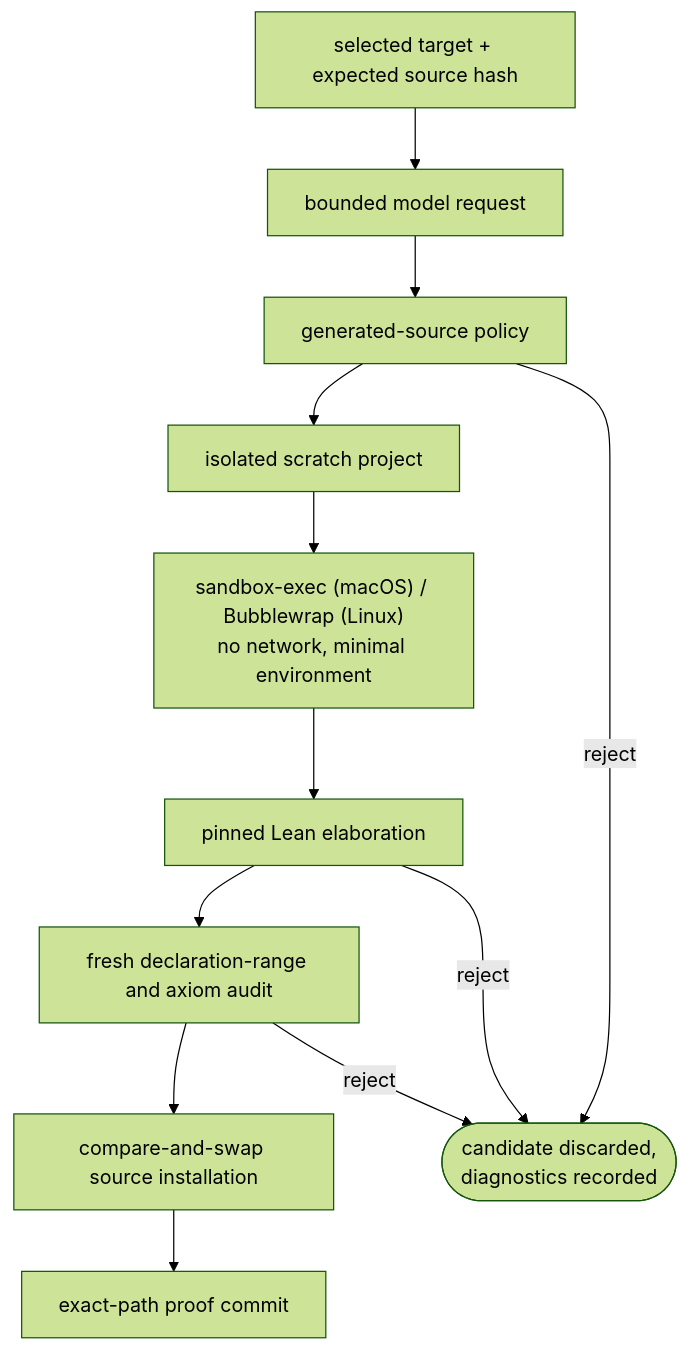
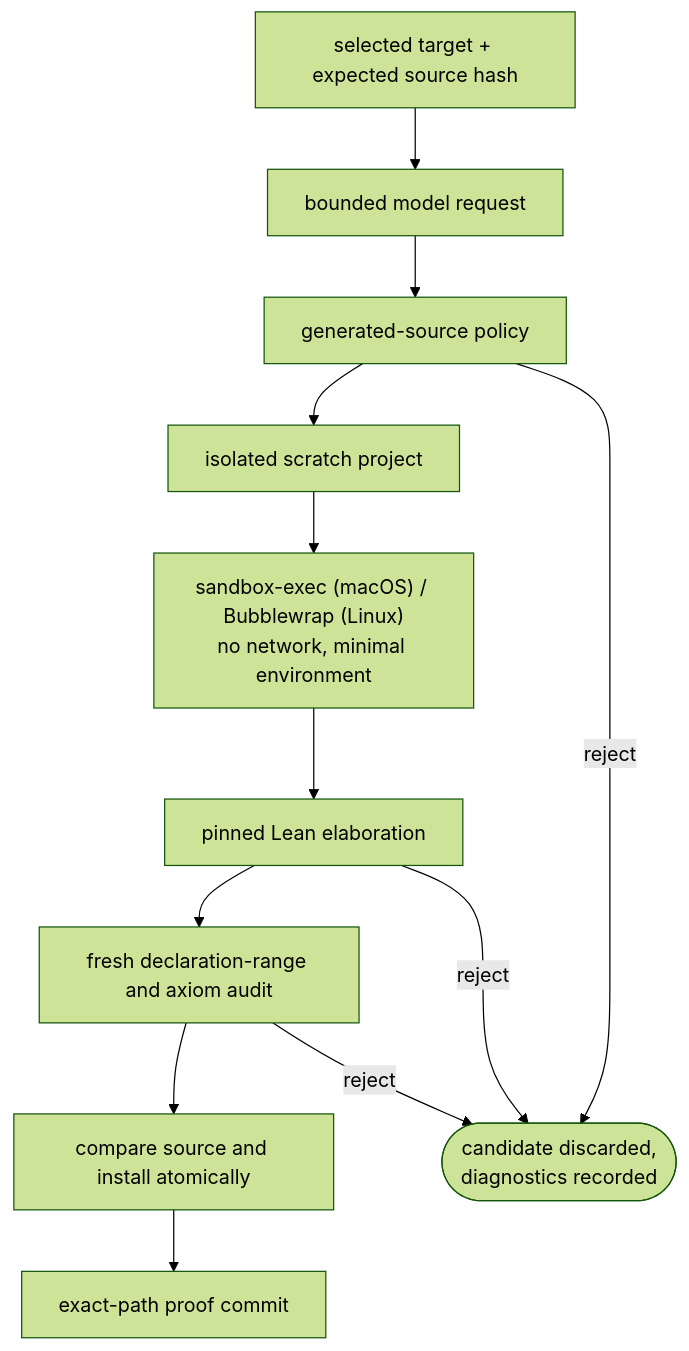
One commit to LeonardAukea/autolean changed the diagram in docs/explanation/trust-boundary.md. Above: the diagram before and after it, drawn with Mermaid (forest theme). The commit also changed other lines of this file and 124 other files, not shown here.

````diff
--- a/docs/explanation/trust-boundary.md
+++ b/docs/explanation/trust-boundary.md
@@ -23,18 +23,18 @@
 ```mermaid
 flowchart TD
     target["selected target + expected source hash"]
     request["bounded model request"]
     policy["generated-source policy"]
     scratch["isolated scratch project"]
     sandbox["sandbox-exec (macOS) / Bubblewrap (Linux)<br/>no network, minimal environment"]
     elab["pinned Lean elaboration"]
     audit["fresh declaration-range and axiom audit"]
-    install["compare-and-swap source installation"]
+    install["compare source and install atomically"]
     commit["exact-path proof commit"]
 
     target --> request --> policy --> scratch --> sandbox
     sandbox --> elab --> audit --> install --> commit
     policy -- "reject" --> stop(["candidate discarded,<br/>diagnostics recorded"])
     elab -- "reject" --> stop
     audit -- "reject" --> stop
 ```
````
